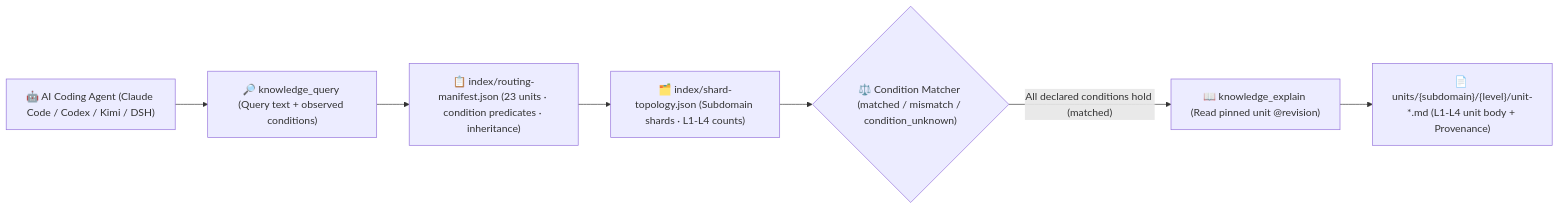
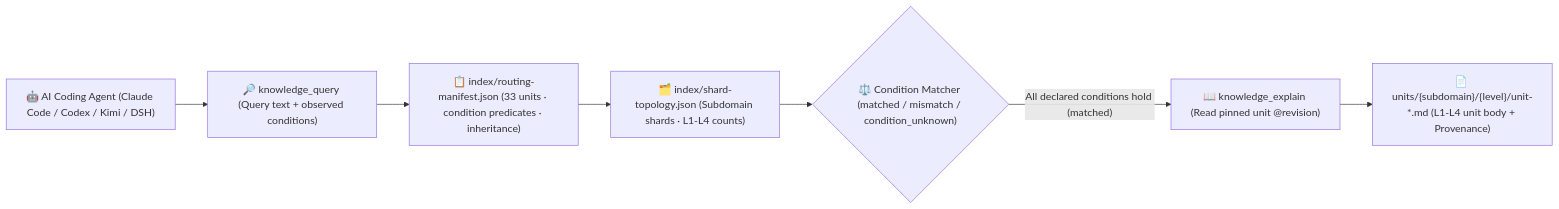
The diagram in README.en.md (mindie-agent/knowledge-agent-engineering), drawn with Mermaid before and after one commit. The commit also changed other lines of this file and 6 other files, not shown here.

````diff
--- a/README.en.md
+++ b/README.en.md
@@ -97,13 +97,13 @@
 ```mermaid
 flowchart LR
   Agent["🤖 AI Coding Agent (Claude Code / Codex / Kimi / DSH)"]
   Query["🔎 knowledge_query (Query text + observed conditions)"]
-  Manifest["📋 index/routing-manifest.json (23 units · condition predicates · inheritance)"]
+  Manifest["📋 index/routing-manifest.json (33 units · condition predicates · inheritance)"]
   Topology["🗂️ index/shard-topology.json (Subdomain shards · L1-L4 counts)"]
   Match{"⚖️ Condition Matcher (matched / mismatch / condition_unknown)"}
   Explain["📖 knowledge_explain (Read pinned unit @revision)"]
   Units["📄 units/{subdomain}/{level}/unit-*.md (L1-L4 unit body + Provenance)"]
 
   Agent --> Query --> Manifest --> Topology --> Match
   Match -- "All declared conditions hold (matched)" --> Explain --> Units
 ```
````
